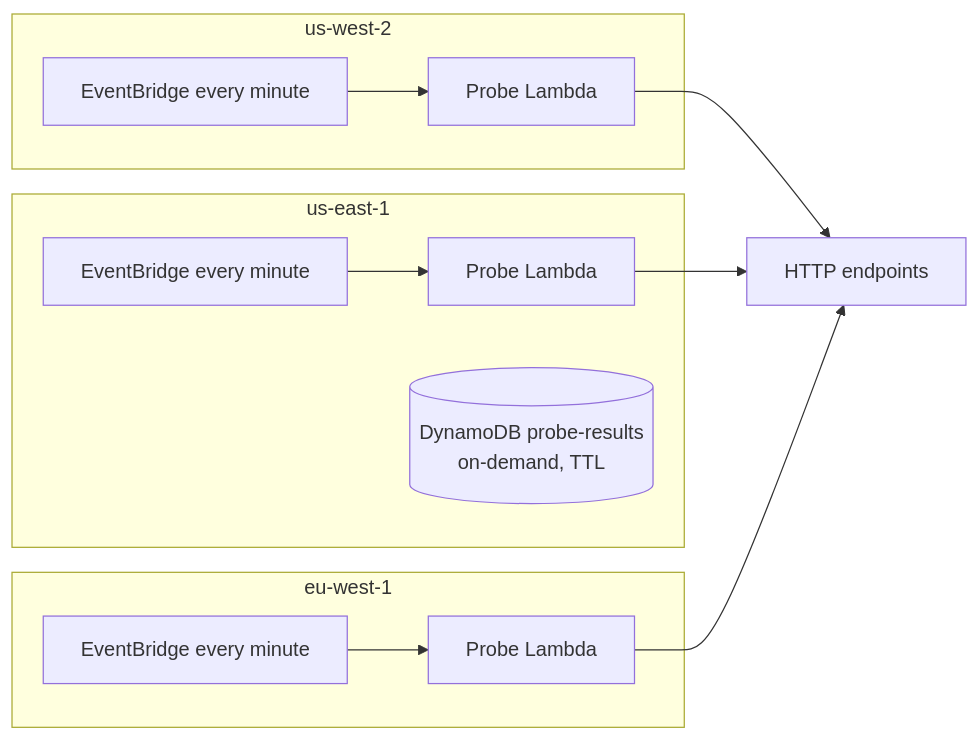
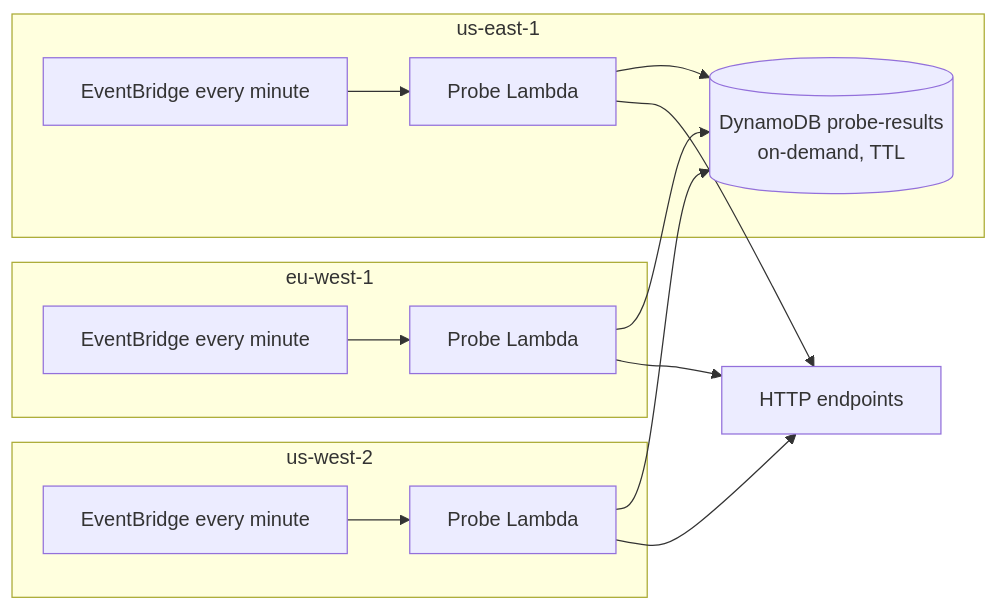
Before and after one commit to nickmori05/status-probes: the diagram in README.md, drawn with Mermaid. The commit also changed other lines of this file, not shown here.

````diff
--- a/README.md
+++ b/README.md
@@ -7,18 +7,21 @@
 ```mermaid
 flowchart LR
   subgraph usw2 [us-west-2]
     ruleW[EventBridge every minute] --> fnW[Probe Lambda]
   end
   subgraph use1 [us-east-1]
     ruleE[EventBridge every minute] --> fnE[Probe Lambda]
     table[("DynamoDB probe-results<br/>on-demand, TTL")]
   end
   subgraph euw1 [eu-west-1]
     ruleU[EventBridge every minute] --> fnU[Probe Lambda]
   end
 
   sites[HTTP endpoints]
   fnW --> sites
   fnE --> sites
   fnU --> sites
+  fnW --> table
+  fnE --> table
+  fnU --> table
 ```
````
